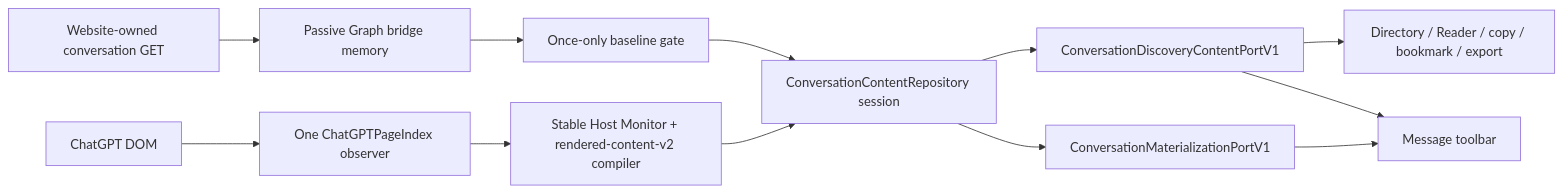
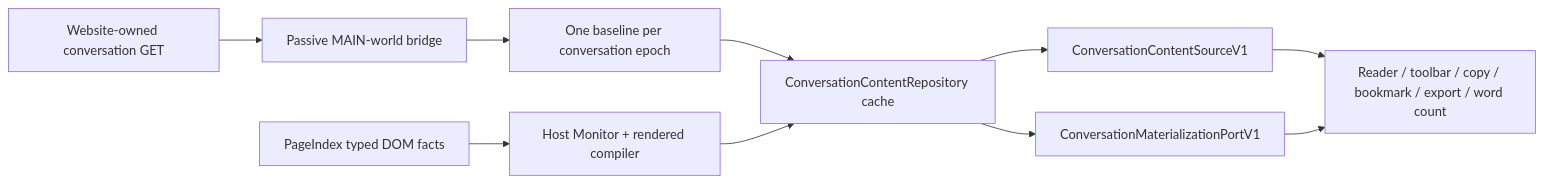
The diagram in docs/adr/ADR-0017-chatgpt-baseline-and-host-tail-lifecycle.md (zhaoliangbin42/AI-MarkDone), drawn with Mermaid before and after one commit. The commit also changed other lines of this file and 45 other files, not shown here.

Commit message:
feat(chatgpt): finalize append-only content lifecycle

````diff
--- a/docs/adr/ADR-0017-chatgpt-baseline-and-host-tail-lifecycle.md
+++ b/docs/adr/ADR-0017-chatgpt-baseline-and-host-tail-lifecycle.md
@@ -30,14 +23,12 @@
 ```mermaid
 flowchart LR
-    GET["Website-owned conversation GET"] --> Bridge["Passive Graph bridge memory"]
-    Bridge --> Gate["Once-only baseline gate"]
-    DOM["ChatGPT DOM"] --> Index["One ChatGPTPageIndex observer"]
-    Index --> Host["Stable Host Monitor + rendered-content-v2 compiler"]
-    Gate --> Session["ConversationContentRepository session"]
-    Host --> Session
-    Session --> Content["ConversationDiscoveryContentPortV1"]
+    GET["Website-owned conversation GET"] --> Bridge["Passive MAIN-world bridge"]
+    Bridge --> Baseline["One baseline per conversation epoch"]
+    DOM["PageIndex typed DOM facts"] --> Monitor["Host Monitor + rendered compiler"]
+    Baseline --> Session["ConversationContentRepository cache"]
+    Monitor --> Session
+    Session --> Content["ConversationContentSourceV1"]
     Session --> Materialization["ConversationMaterializationPortV1"]
-    Content --> Consumers["Directory / Reader / copy / bookmark / export"]
-    Materialization --> Toolbar["Message toolbar"]
-    Content --> Toolbar
+    Content --> Consumers["Reader / toolbar / copy / bookmark / export / word count"]
+    Materialization --> Consumers
 ```
````
